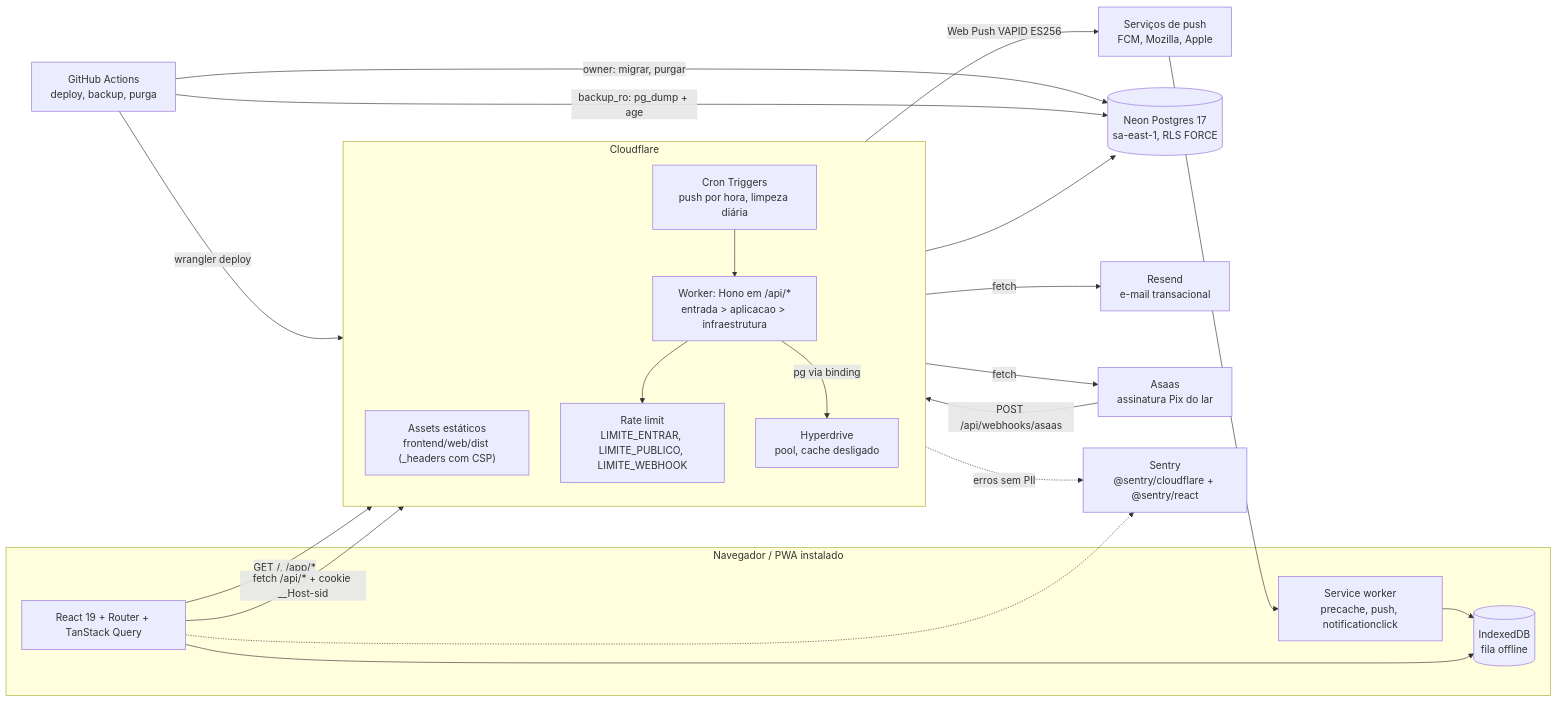
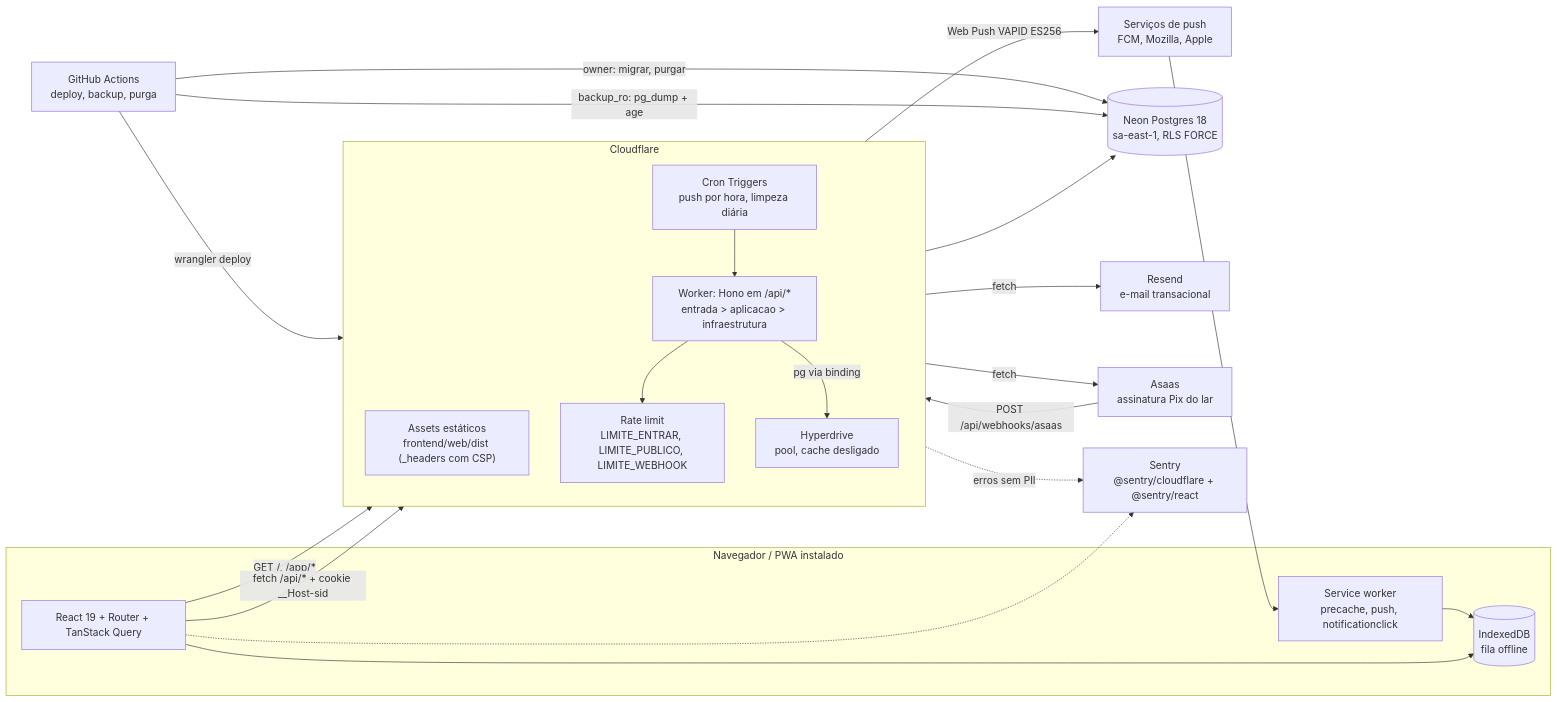
Before and after one commit to leandrosegheto17/ControleEmCasa_LJS: the first of 8 diagrams in .md/SDD.md, drawn with Mermaid. The commit also changed other lines of this file and 8 other files, not shown here.

````diff
--- a/.md/SDD.md
+++ b/.md/SDD.md
@@ -17,41 +17,41 @@
 ```mermaid
 flowchart LR
   subgraph Cliente["Navegador / PWA instalado"]
     SPA["React 19 + Router + TanStack Query"]
     SW["Service worker<br/>precache, push, notificationclick"]
     IDB[("IndexedDB<br/>fila offline")]
   end
 
   subgraph CF["Cloudflare"]
     direction TB
     ASSETS["Assets estáticos<br/>frontend/web/dist (_headers com CSP)"]
     W["Worker: Hono em /api/*<br/>entrada > aplicacao > infraestrutura"]
     RL["Rate limit<br/>LIMITE_ENTRAR, LIMITE_PUBLICO, LIMITE_WEBHOOK"]
     CRON["Cron Triggers<br/>push por hora, limpeza diária"]
     HD["Hyperdrive<br/>pool, cache desligado"]
   end
 
-  NEON[("Neon Postgres 17<br/>sa-east-1, RLS FORCE")]
+  NEON[("Neon Postgres 18<br/>sa-east-1, RLS FORCE")]
   RESEND["Resend<br/>e-mail transacional"]
   ASAAS["Asaas<br/>assinatura Pix do lar"]
   SENTRY["Sentry<br/>@sentry/cloudflare + @sentry/react"]
   PUSHSVC["Serviços de push<br/>FCM, Mozilla, Apple"]
   GHA["GitHub Actions<br/>deploy, backup, purga"]
 
   SPA -->|"GET /, /app/*"| ASSETS
   SPA -->|"fetch /api/* + cookie __Host-sid"| W
   SW --> IDB
   SPA --> IDB
   W --> RL
   W -->|"pg via binding"| HD --> NEON
   CRON --> W
   W -->|"fetch"| RESEND
   W -->|"fetch"| ASAAS
   ASAAS -->|"POST /api/webhooks/asaas"| W
   W -->|"Web Push VAPID ES256"| PUSHSVC --> SW
   W -.->|"erros sem PII"| SENTRY
   SPA -.-> SENTRY
   GHA -->|"owner: migrar, purgar"| NEON
   GHA -->|"backup_ro: pg_dump + age"| NEON
   GHA -->|"wrangler deploy"| CF
 ```
````
